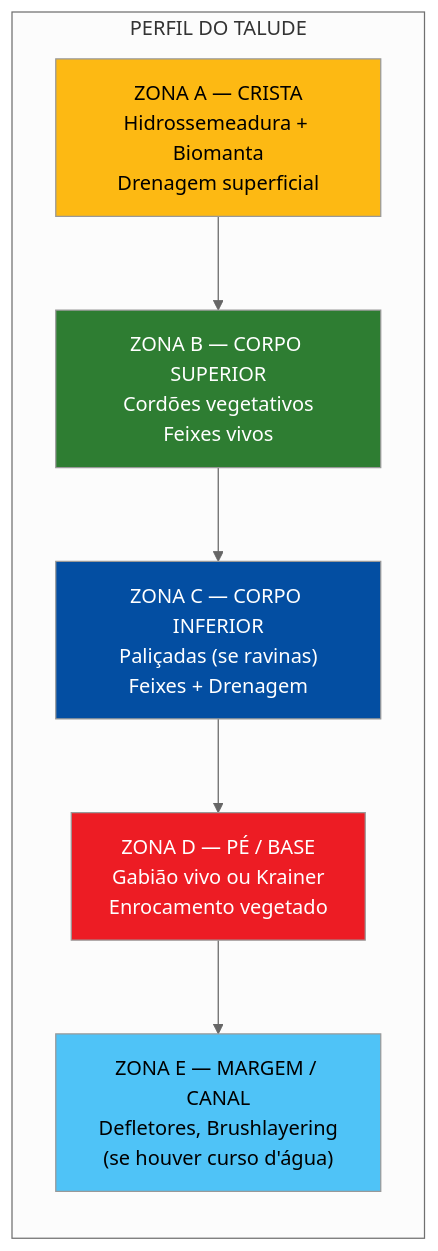
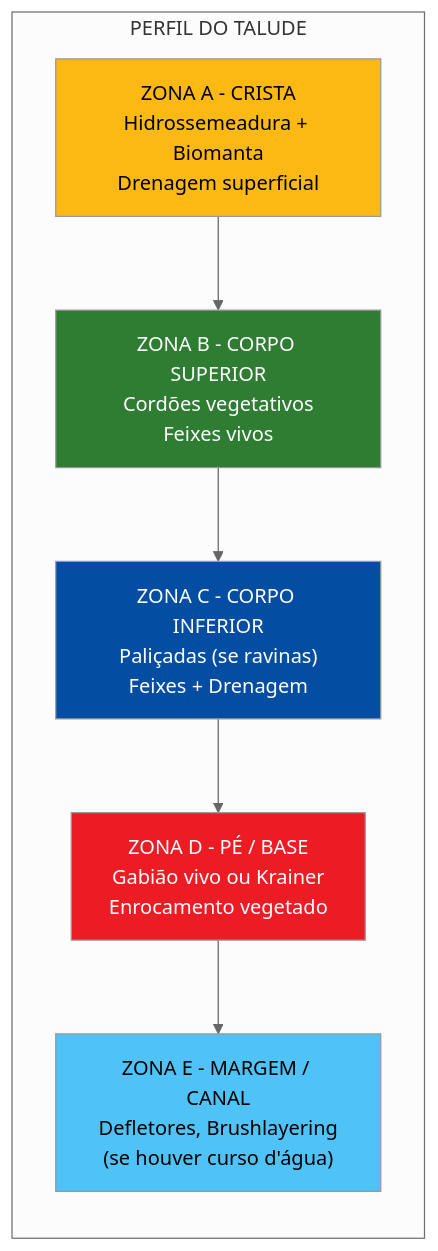
The fourth of 7 diagrams in aulas/bioengenharia_de_solos/aulas/aula18_projeto_integrador/aula18_projeto_integrador.qmd (ldvsantos/cv), drawn with Mermaid (neutral theme) before and after one commit. The commit also changed other lines of this file and 396 other files, not shown here.

````diff
--- a/aulas/bioengenharia_de_solos/aulas/aula18_projeto_integrador/aula18_projeto_integrador.qmd
+++ b/aulas/bioengenharia_de_solos/aulas/aula18_projeto_integrador/aula18_projeto_integrador.qmd
@@ -277,21 +277,21 @@
 ```{mermaid}
 %%| fig-width: 5.5
 graph TD
     subgraph Talude["PERFIL DO TALUDE"]
         direction TB
-        A["ZONA A — CRISTA<br>Hidrossemeadura + Biomanta<br>Drenagem superficial"]
-        B["ZONA B — CORPO SUPERIOR<br>Cordões vegetativos<br>Feixes vivos"]
-        C["ZONA C — CORPO INFERIOR<br>Paliçadas (se ravinas)<br>Feixes + Drenagem"]
-        D["ZONA D — PÉ / BASE<br>Gabião vivo ou Krainer<br>Enrocamento vegetado"]
-        E["ZONA E — MARGEM / CANAL<br>Defletores, Brushlayering<br>(se houver curso d'água)"]
+        A["ZONA A - CRISTA<br>Hidrossemeadura + Biomanta<br>Drenagem superficial"]
+        B["ZONA B - CORPO SUPERIOR<br>Cordões vegetativos<br>Feixes vivos"]
+        C["ZONA C - CORPO INFERIOR<br>Paliçadas (se ravinas)<br>Feixes + Drenagem"]
+        D["ZONA D - PÉ / BASE<br>Gabião vivo ou Krainer<br>Enrocamento vegetado"]
+        E["ZONA E - MARGEM / CANAL<br>Defletores, Brushlayering<br>(se houver curso d'água)"]
     end
     A --> B
     B --> C
     C --> D
     D --> E
     style A fill:#FDB913,color:#000
     style B fill:#2E7D32,color:#fff
     style C fill:#034EA2,color:#fff
     style D fill:#ED1C24,color:#fff
     style E fill:#4FC3F7,color:#000
 ```
````
